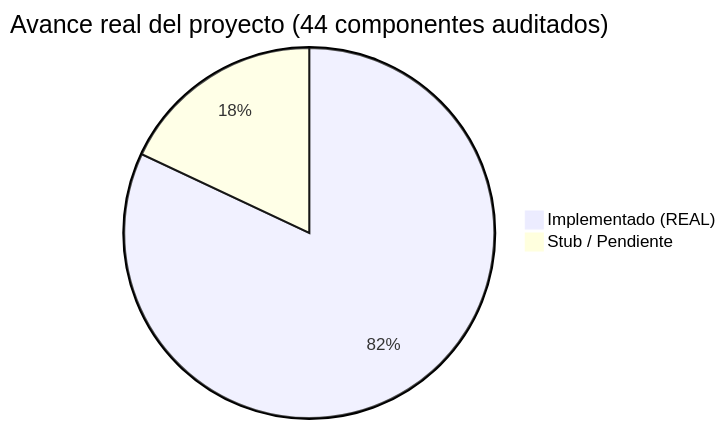
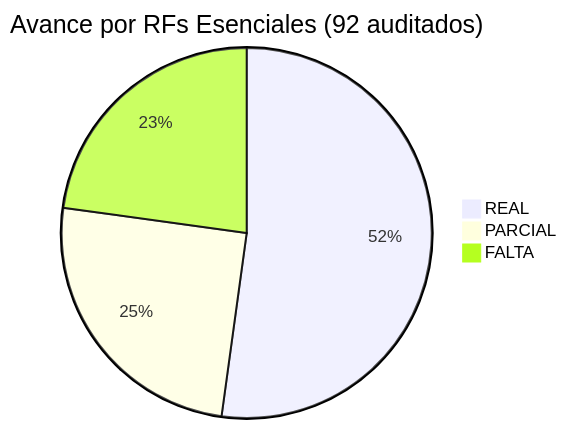
The first of 4 diagrams in .ai/nav-map.md (Brian7st/GastrosenaFrontend), drawn with Mermaid before and after one commit. The commit also changed other lines of this file, not shown here.

Commit message:
docs: auditoria por RFs esenciales - 52% implementado de 92 RFs

````diff
--- a/.ai/nav-map.md
+++ b/.ai/nav-map.md
@@ -21,5 +21,6 @@
 ```mermaid
-pie title Avance real del proyecto (44 componentes auditados)
-    "Implementado (REAL)" : 82
-    "Stub / Pendiente" : 18
+pie title Avance por RFs Esenciales (92 auditados)
+    "REAL" : 48
+    "PARCIAL" : 23
+    "FALTA" : 21
 ```
````
